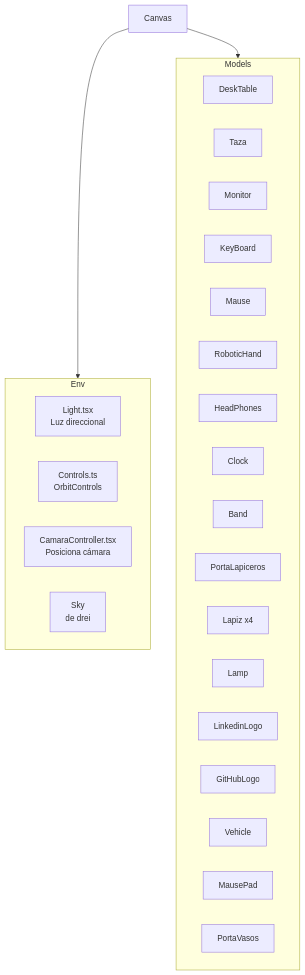
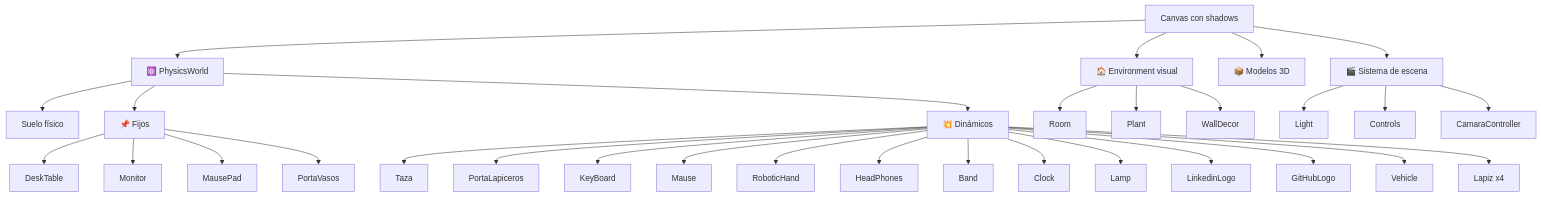
Before and after one commit to Palcojulian/portafolio: the first of 4 diagrams in docs/04-escena-3d/sistema-de-escena.md, drawn with Mermaid. The commit also changed other lines of this file and 7 other files, not shown here.

````diff
--- a/docs/04-escena-3d/sistema-de-escena.md
+++ b/docs/04-escena-3d/sistema-de-escena.md
@@ -39,34 +60,40 @@
 ```mermaid
 graph TB
-    Canvas[Canvas]
+    Canvas[Canvas con shadows]
 
-    Canvas --> Env[🌍 Entorno]
-    Canvas --> Models[📦 Modelos]
+    Canvas --> Physics[⚛️ PhysicsWorld]
+    Canvas --> Env[🏠 Environment visual]
+    Canvas --> Models[📦 Modelos 3D]
+    Canvas --> Scene[🎬 Sistema de escena]
 
-    subgraph Env
-        Light[Light.tsx<br/>Luz direccional]
-        Controls[Controls.ts<br/>OrbitControls]
-        Camera[CamaraController.tsx<br/>Posiciona cámara]
-        Sky[Sky<br/>de drei]
-    end
+    Physics --> Floor[Suelo físico]
+    Physics --> Fixed[📌 Fijos]
+    Physics --> Dynamic[💥 Dinámicos]
 
-    subgraph Models
-        DeskTable
-        Taza
-        Monitor
-        KeyBoard
-        Mause
-        RoboticHand
-        HeadPhones
-        Clock
-        Band
-        PortaLapiceros
-        Lapiz1[Lapiz x4]
-        Lamp
-        LinkedinLogo
-        GitHubLogo
-        Vehicle
-        MausePad
-        PortaVasos
-    end
+    Env --> Room
+    Env --> Plant
+    Env --> WallDecor
+
+    Scene --> Light
+    Scene --> Controls
+    Scene --> CamaraController
+
+    Fixed --> DeskTable
+    Fixed --> Monitor
+    Fixed --> MausePad
+    Fixed --> PortaVasos
+
+    Dynamic --> Taza
+    Dynamic --> PortaLapiceros
+    Dynamic --> KeyBoard
+    Dynamic --> Mause
+    Dynamic --> RoboticHand
+    Dynamic --> HeadPhones
+    Dynamic --> Band
+    Dynamic --> Clock
+    Dynamic --> Lamp
+    Dynamic --> LinkedinLogo
+    Dynamic --> GitHubLogo
+    Dynamic --> Vehicle
+    Dynamic --> Lapiz1[Lapiz x4]
 ```
````
